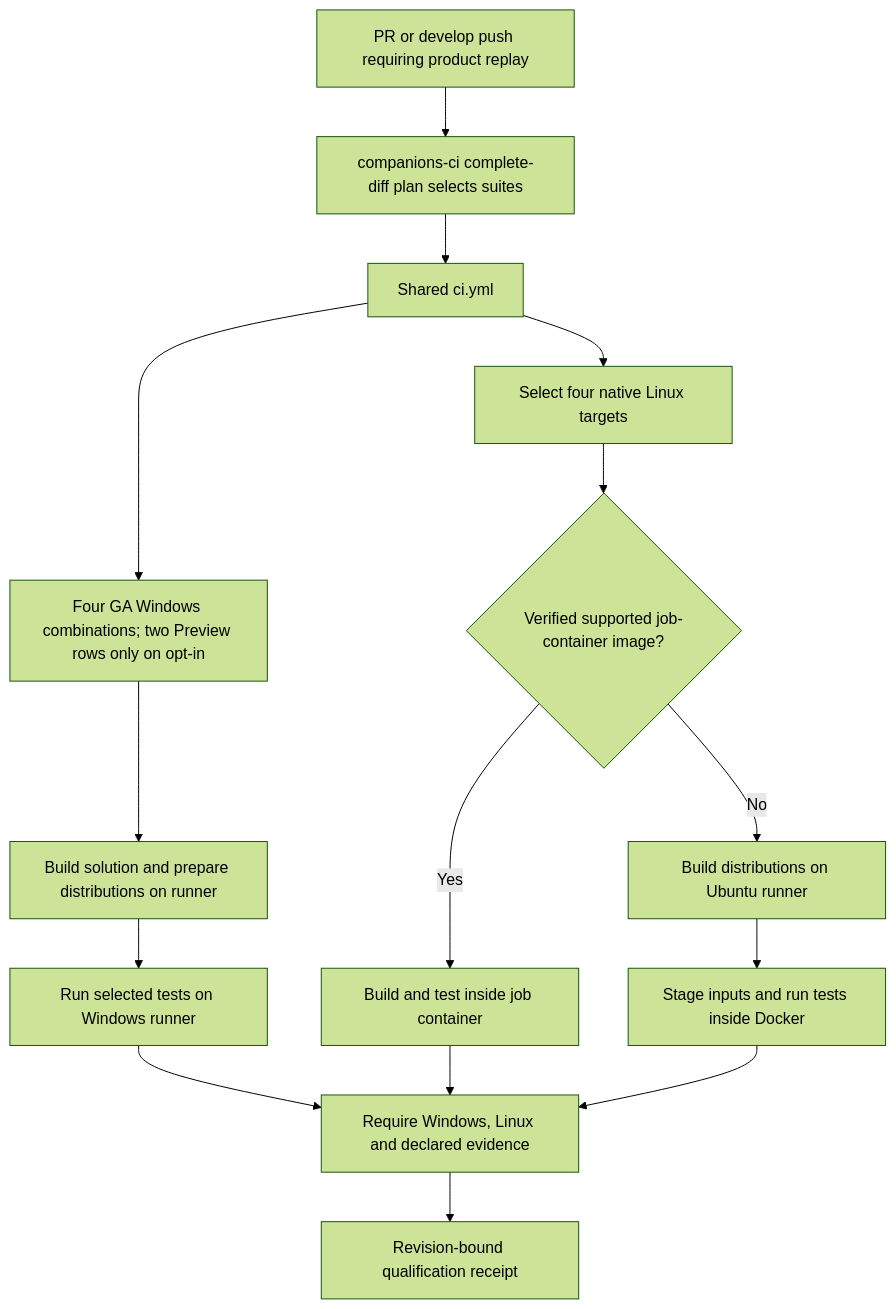
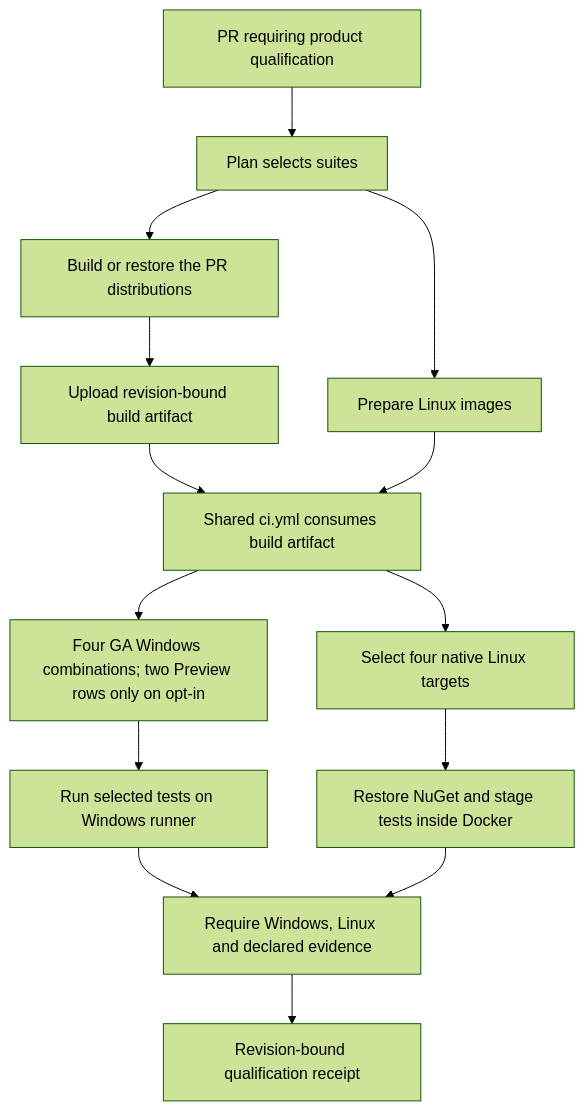
Before and after one commit to FrenchExDev2/QuietCli.PoSh: the diagram in readmes/README-qualification-github.md, drawn with Mermaid (forest theme). The commit also changed other lines of this file and 31 other files, not shown here.

Commit message:
Share verified .NET build artifacts across pull request jobs

````diff
--- a/readmes/README-qualification-github.md
+++ b/readmes/README-qualification-github.md
@@ -44,17 +44,16 @@
 ```mermaid
 flowchart TD
-    P[PR or develop push requiring product replay] --> S[companions-ci complete-diff plan selects suites]
-    S --> C[Shared ci.yml]
+    P[PR requiring product qualification] --> S[Plan selects suites]
+    S --> B[Build or restore the PR distributions]
+    B --> A[Upload revision-bound build artifact]
+    S --> I[Prepare Linux images]
+    A --> C[Shared ci.yml consumes build artifact]
+    I --> C
     C --> W[Four GA Windows combinations; two Preview rows only on opt-in]
     C --> L[Select four native Linux targets]
-    W --> WB[Build solution and prepare distributions on runner]
-    WB --> WT[Run selected tests on Windows runner]
-    L --> J{Verified supported job-container image?}
-    J -- Yes --> JB[Build and test inside job container]
-    J -- No --> FB[Build distributions on Ubuntu runner]
-    FB --> FT[Stage inputs and run tests inside Docker]
+    W --> WT[Run selected tests on Windows runner]
+    L --> FT[Restore NuGet and stage tests inside Docker]
     WT --> G[Require Windows, Linux and declared evidence]
-    JB --> G
     FT --> G
     G --> Q[Revision-bound qualification receipt]
 ```
````
